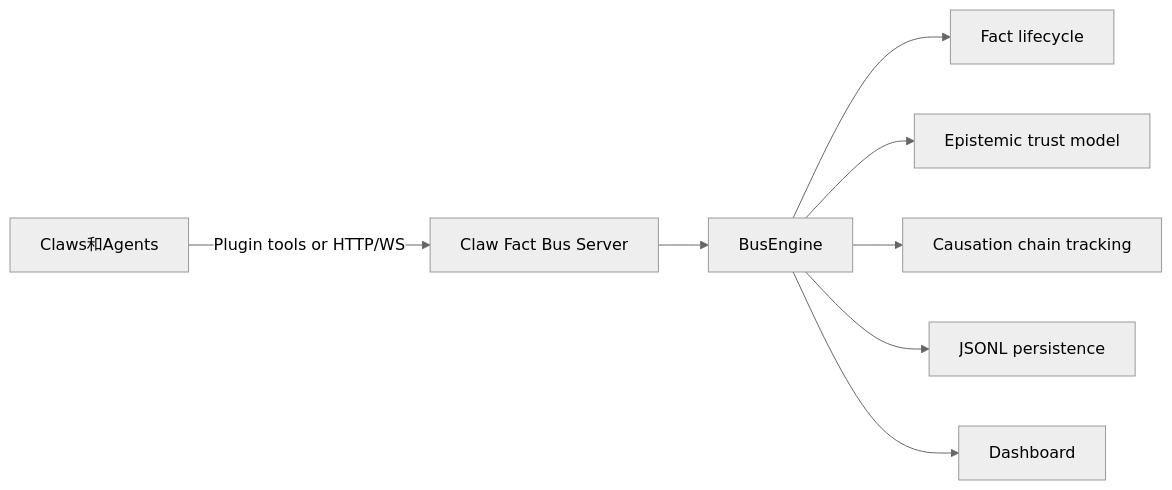
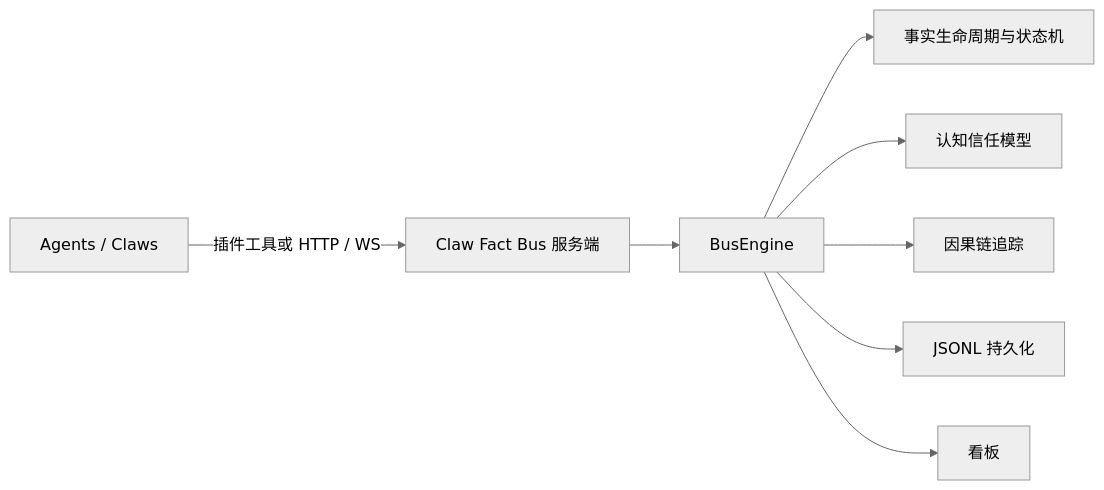
Before and after one commit to YangKGcsdms/claw_fact_bus: the diagram in README.zh-CN.md, drawn with Mermaid (neutral theme). The commit also changed other lines of this file and 8 other files, not shown here.

````diff
--- a/README.zh-CN.md
+++ b/README.zh-CN.md
@@ -66,10 +73,10 @@
 ```mermaid
 flowchart LR
-    Claws[Claws和Agents] -->|Plugin tools or HTTP/WS| Bus[Claw Fact Bus Server]
+    Claws[Agents / Claws] -->|插件工具或 HTTP / WS| Bus[Claw Fact Bus 服务端]
     Bus --> Engine[BusEngine]
-    Engine --> Facts[Fact lifecycle]
-    Engine --> Trust[Epistemic trust model]
-    Engine --> Causation[Causation chain tracking]
-    Engine --> Store[JSONL persistence]
-    Engine --> Dash[Dashboard]
+    Engine --> Facts[事实生命周期与状态机]
+    Engine --> Trust[认知信任模型]
+    Engine --> Causation[因果链追踪]
+    Engine --> Store[JSONL 持久化]
+    Engine --> Dash[看板]
 ```
````
